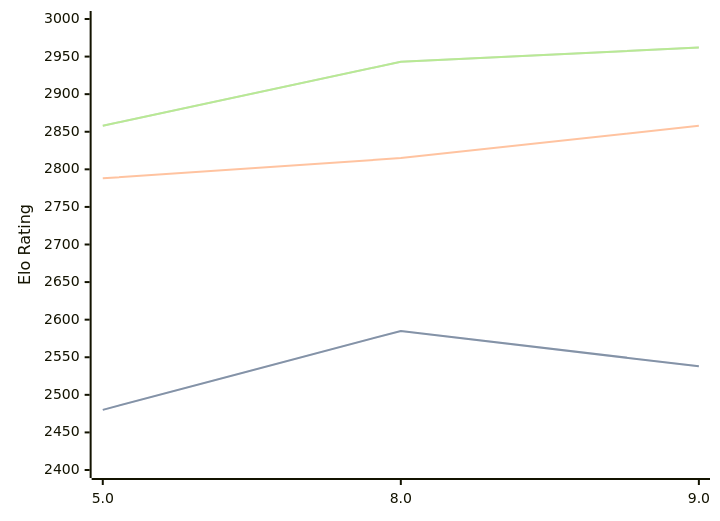
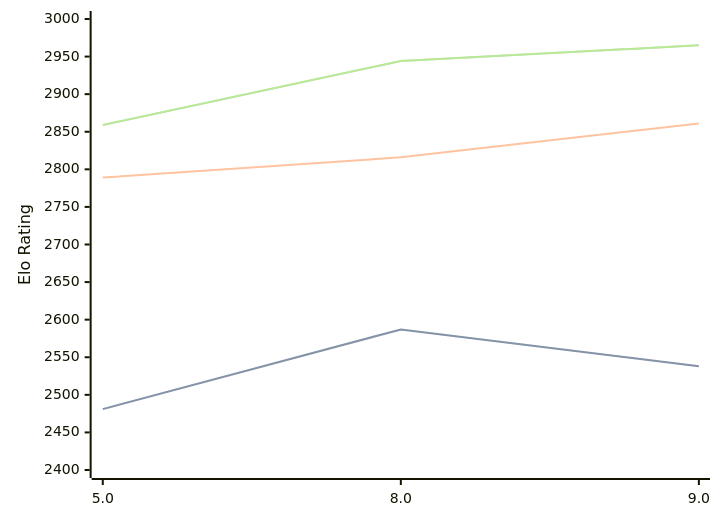
Before and after one commit to computer-chess-index/cci: the diagram in engines/4kc.md, drawn with Mermaid. The commit also changed other lines of this file, not shown here.

Commit message:
Update CCI Ratings (ELO VLTC) - 2026-09-01

````diff
--- a/engines/4kc.md
+++ b/engines/4kc.md
@@ -33,11 +33,11 @@
 ```mermaid
 %%{init: {"theme":"base","themeVariables":{"seriesColors:['#a3a3a3','#222221','#faa371']}}}%%
 xychart-beta
   x-axis ["5.0", "8.0", "9.0"]
   y-axis "Elo Rating" 2400 --> 3000
-  line "" [2480, 2585, 2538]
-  line "STC (8.0+0.08s)" [2480, 2585, 2538]
-  line "LTC (60.0+0.60s)" [2788, 2815, 2858]
-  line "" [2858, 2943, 2962]
-  line "VLTC (2m24s+1.12s)" [2858, 2943, 2962]
+  line "" [2481, 2587, 2538]
+  line "STC (8.0+0.08s)" [2481, 2587, 2538]
+  line "LTC (60.0+0.60s)" [2789, 2816, 2861]
+  line "" [2859, 2944, 2965]
+  line "VLTC (2m24s+1.12s)" [2859, 2944, 2965]
 ```
````
